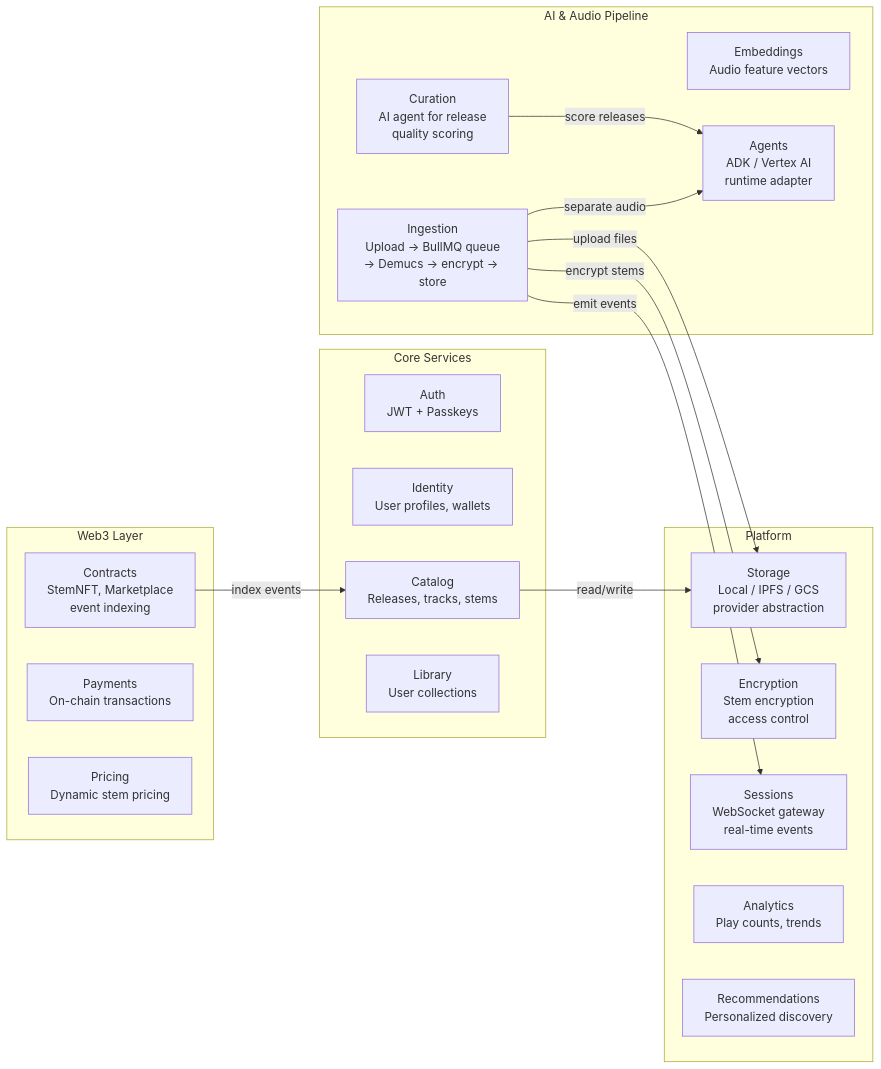
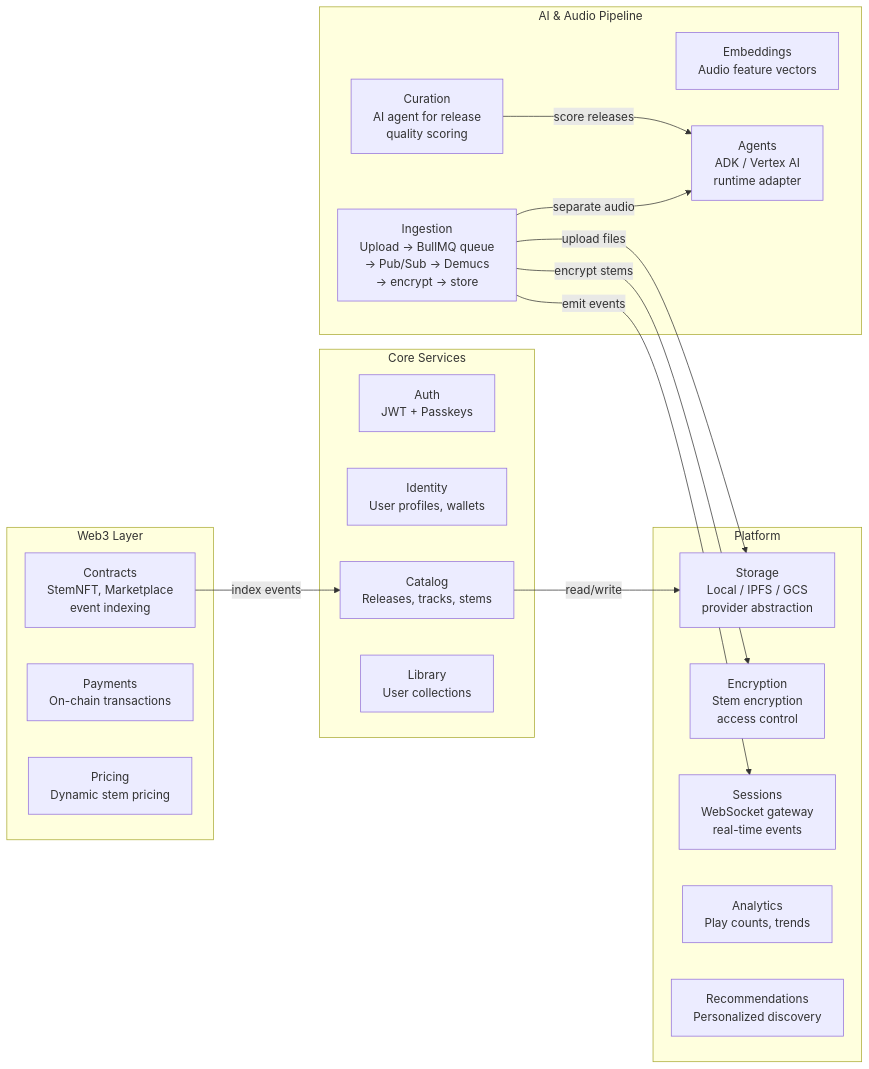
Before and after one commit to akoita/resonate: the second of 2 diagrams in docs/deployment.md, drawn with Mermaid. The commit also changed other lines of this file and 44 other files, not shown here.

First line of the commit message:
feat(#357): Event-Driven Demucs Worker via GCP Pub/Sub

````diff
--- a/docs/deployment.md
+++ b/docs/deployment.md
@@ -127,38 +130,38 @@
 ```mermaid
 graph LR
     subgraph "Core Services"
         AUTH["Auth<br/>JWT + Passkeys"]
         IDENTITY["Identity<br/>User profiles, wallets"]
         CATALOG["Catalog<br/>Releases, tracks, stems"]
         LIBRARY["Library<br/>User collections"]
     end
 
     subgraph "AI & Audio Pipeline"
-        INGESTION["Ingestion<br/>Upload → BullMQ queue<br/>→ Demucs → encrypt → store"]
+        INGESTION["Ingestion<br/>Upload → BullMQ queue<br/>→ Pub/Sub → Demucs<br/>→ encrypt → store"]
         CURATION["Curation<br/>AI agent for release<br/>quality scoring"]
         EMBEDDINGS["Embeddings<br/>Audio feature vectors"]
         AGENTS["Agents<br/>ADK / Vertex AI<br/>runtime adapter"]
     end
 
     subgraph "Web3 Layer"
         CONTRACTS["Contracts<br/>StemNFT, Marketplace<br/>event indexing"]
         PAYMENTS["Payments<br/>On-chain transactions"]
         PRICING["Pricing<br/>Dynamic stem pricing"]
     end
 
     subgraph "Platform"
         STORAGE["Storage<br/>Local / IPFS / GCS<br/>provider abstraction"]
         ENCRYPTION["Encryption<br/>Stem encryption<br/>access control"]
         SESSIONS["Sessions<br/>WebSocket gateway<br/>real-time events"]
         ANALYTICS["Analytics<br/>Play counts, trends"]
         RECOMMENDATIONS["Recommendations<br/>Personalized discovery"]
     end
 
     INGESTION -->|"separate audio"| AGENTS
     INGESTION -->|"encrypt stems"| ENCRYPTION
     INGESTION -->|"upload files"| STORAGE
     INGESTION -->|"emit events"| SESSIONS
     CATALOG -->|"read/write"| STORAGE
     CONTRACTS -->|"index events"| CATALOG
     CURATION -->|"score releases"| AGENTS
 ```
````
